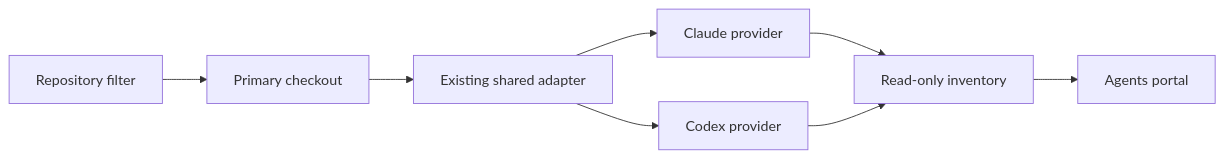
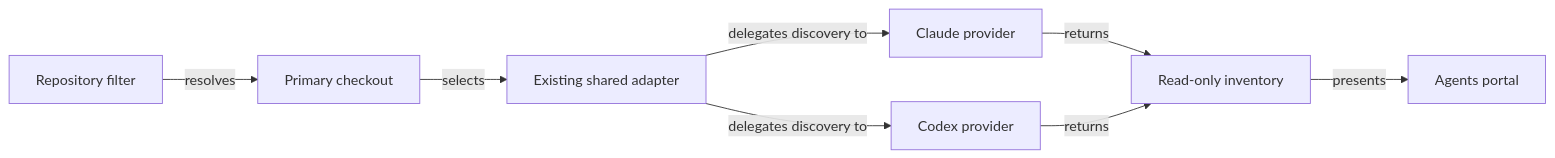
One commit to kirinmurphy/roborepo-alpha changed the diagram in docs/plans/backlog/agent-config-repository-inspector.md. Above: the diagram before and after it, drawn with Mermaid. The commit also changed other lines of this file and 52 other files, not shown here.

````diff
--- a/docs/plans/backlog/agent-config-repository-inspector.md
+++ b/docs/plans/backlog/agent-config-repository-inspector.md
@@ -133,10 +133,10 @@
 ```mermaid
 flowchart LR
-  Filter[Repository filter] --> Checkout[Primary checkout]
-  Checkout --> Adapter[Existing shared adapter]
-  Adapter --> Claude[Claude provider]
-  Adapter --> Codex[Codex provider]
-  Claude --> Inventory[Read-only inventory]
-  Codex --> Inventory
-  Inventory --> Portal[Agents portal]
+  Filter[Repository filter] -->|resolves| Checkout[Primary checkout]
+  Checkout -->|selects| Adapter[Existing shared adapter]
+  Adapter -->|delegates discovery to| Claude[Claude provider]
+  Adapter -->|delegates discovery to| Codex[Codex provider]
+  Claude -->|returns| Inventory[Read-only inventory]
+  Codex -->|returns| Inventory
+  Inventory -->|presents| Portal[Agents portal]
 ```
````
